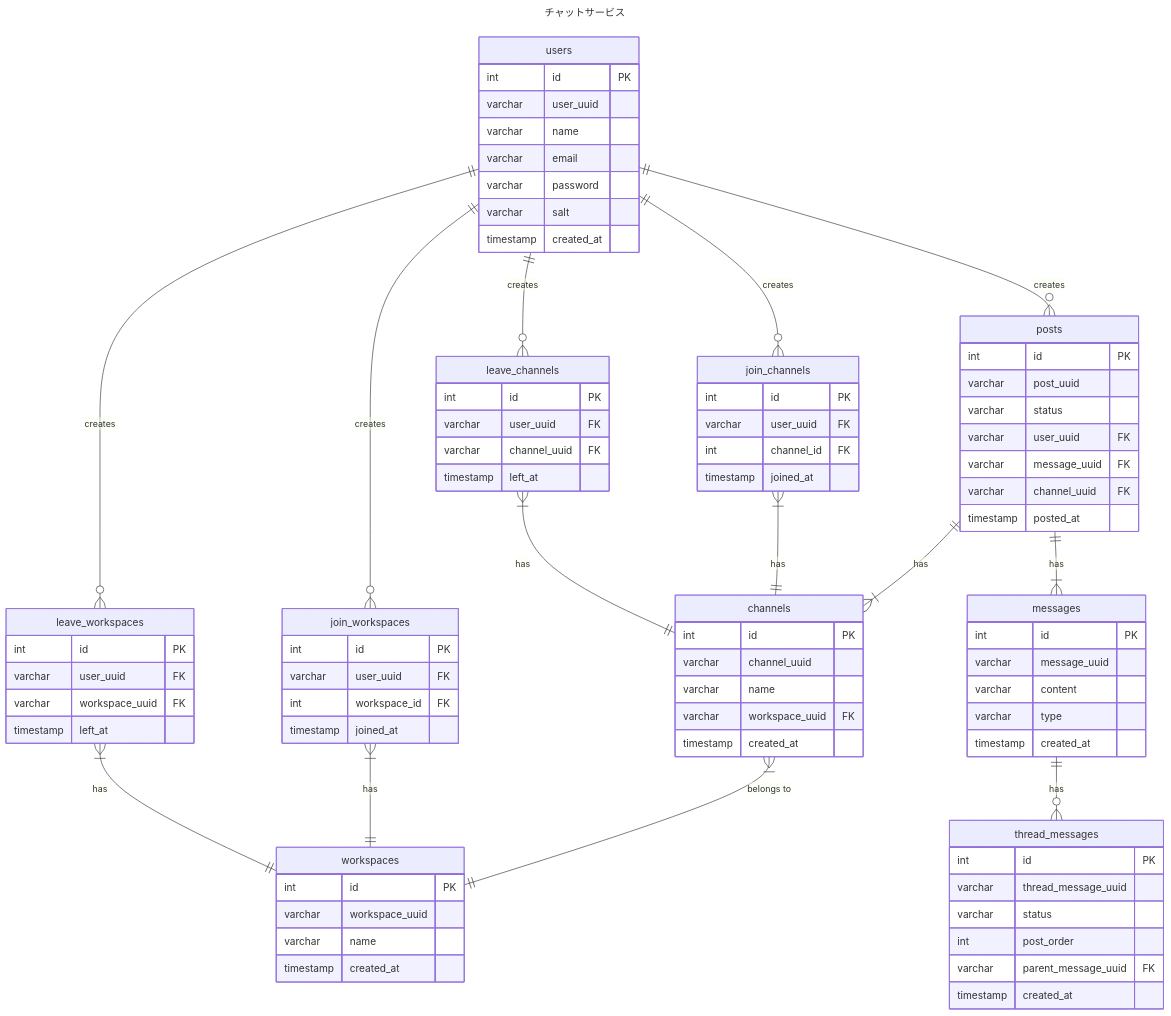
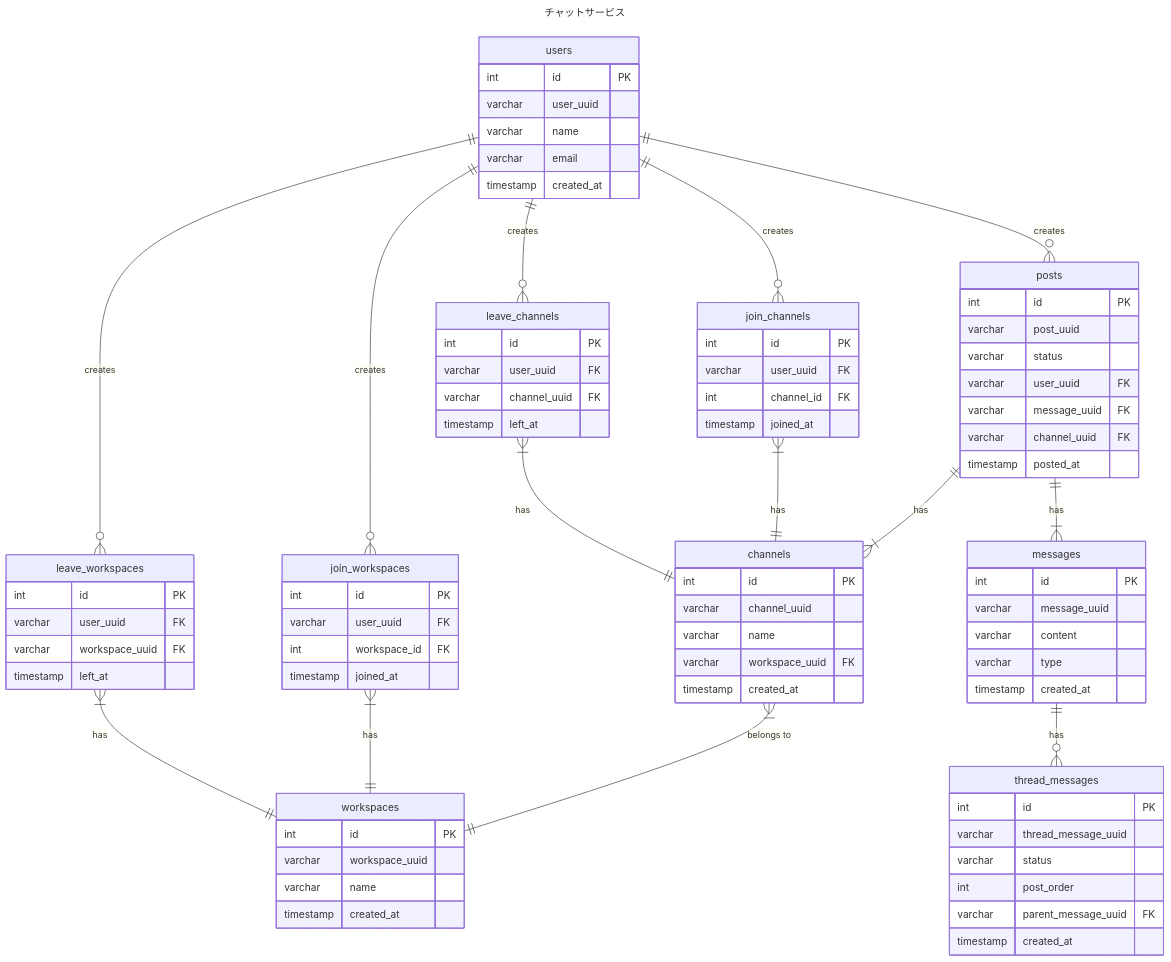
One commit to ttakuma17/til changed the diagram in db/modeling/2/er.md. Above: the diagram before and after it, drawn with Mermaid. The commit also changed other lines of this file and 4 other files, not shown here.

```diff
--- a/db/modeling/2/er.md
+++ b/db/modeling/2/er.md
@@ -30,8 +31,6 @@
     varchar user_uuid
     varchar name
     varchar email
-    varchar password
-    varchar salt
     timestamp created_at
   }
   %% ワークスペース(R) 
```
